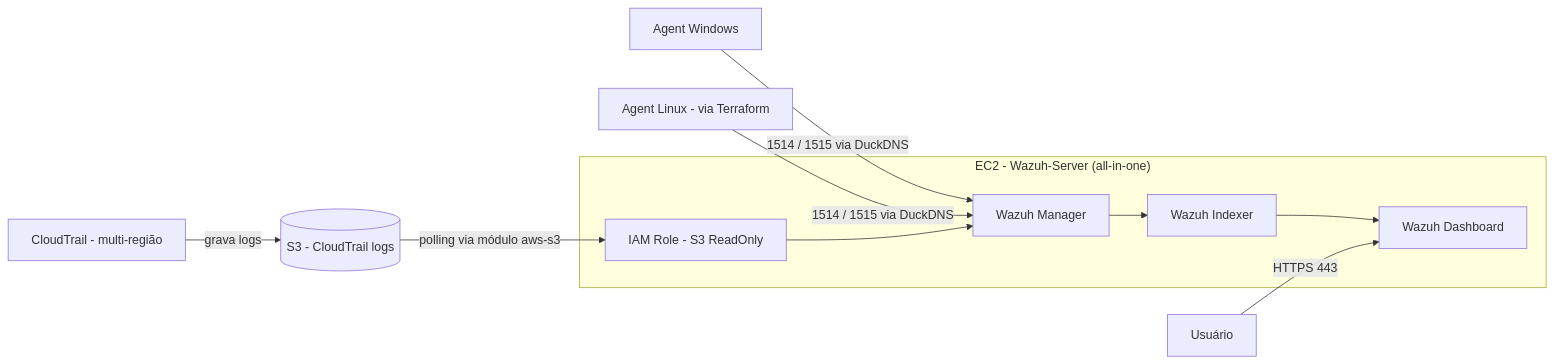
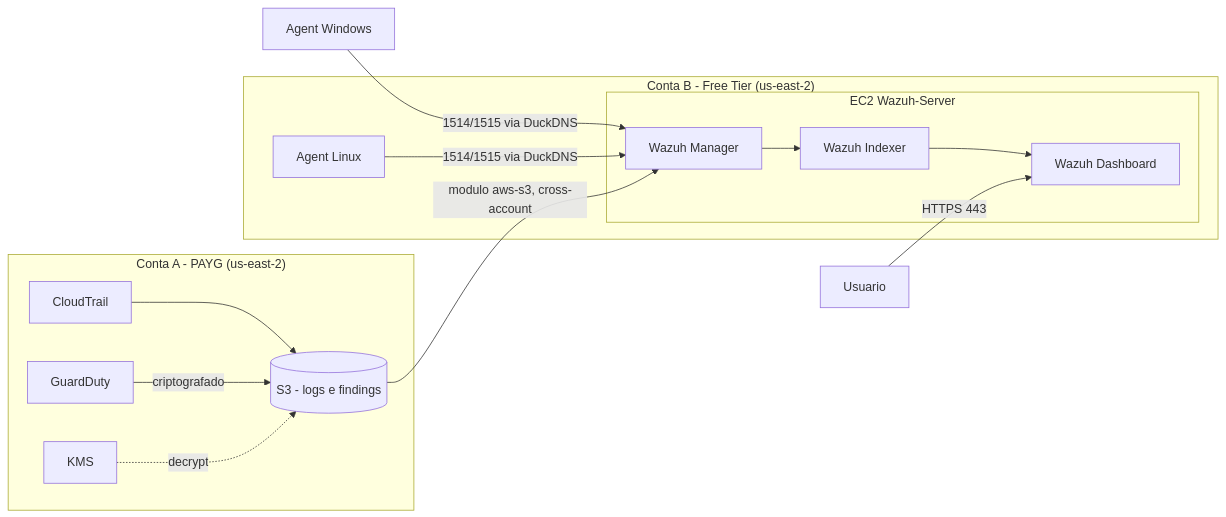
One commit to VictorVital10/wazuh-aws-siem changed the diagram in README.md. Above: the diagram before and after it, drawn with Mermaid. The commit also changed other lines of this file and 2 other files, not shown here.

Commit message:
docs: document GuarDuty cross-account integration

````diff
--- a/README.md
+++ b/README.md
@@ -51,25 +40,31 @@
 ```mermaid
 flowchart LR
-    subgraph WS["EC2 - Wazuh-Server (all-in-one)"]
-        ROLE[IAM Role - S3 ReadOnly]
-        MGR[Wazuh Manager]
-        IDX[Wazuh Indexer]
-        DSH[Wazuh Dashboard]
+    subgraph AcctB["Conta B - Free Tier (us-east-2)"]
+        subgraph WS["EC2 Wazuh-Server"]
+            MGR[Wazuh Manager]
+            IDX[Wazuh Indexer]
+            DSH[Wazuh Dashboard]
+        end
+        AGL[Agent Linux]
+    end
+
+    subgraph AcctA["Conta A - PAYG (us-east-2)"]
+        CT[CloudTrail]
+        GD[GuardDuty]
+        KMS[KMS]
+        S3[(S3 - logs e findings)]
     end
 
     AGW[Agent Windows]
-    AGL[Agent Linux - via Terraform]
-    USR[Usuário]
-    CT[CloudTrail - multi-região]
-    S3CT[(S3 - CloudTrail logs)]
+    USR[Usuario]
 
-    AGW -- "1514 / 1515 via DuckDNS" --> MGR
-    AGL -- "1514 / 1515 via DuckDNS" --> MGR
-    MGR --> IDX
-    IDX --> DSH
+    AGW -- "1514/1515 via DuckDNS" --> MGR
+    AGL -- "1514/1515 via DuckDNS" --> MGR
+    MGR --> IDX --> DSH
     USR -- "HTTPS 443" --> DSH
 
-    CT -- "grava logs" --> S3CT
-    S3CT -- "polling via módulo aws-s3" --> ROLE
-    ROLE --> MGR
+    CT --> S3
+    GD -- "criptografado" --> S3
+    KMS -.decrypt.-> S3
+    S3 -- "modulo aws-s3, cross-account" --> MGR
 ```
````
